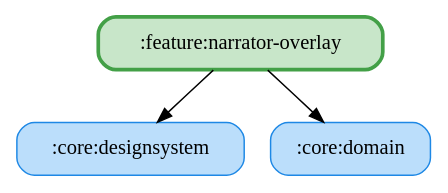
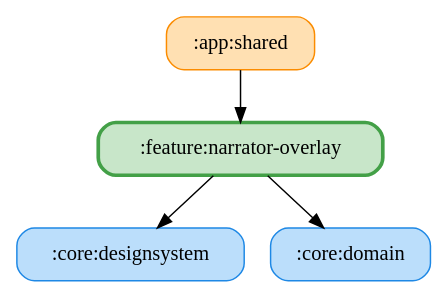
One commit to ai-kurou/KoDriver changed the diagram in docs/graphs/feature-narrator-overlay.gv. Above: the diagram before and after it, drawn with Graphviz. The commit also changed 3 other files, not shown here.

Commit message:
chore: update module graph images

```diff
--- a/docs/graphs/feature-narrator-overlay.gv
+++ b/docs/graphs/feature-narrator-overlay.gv
@@ -1,9 +1,11 @@
 digraph G {
   rankdir=TB
   node [shape=box, style="rounded,filled"]
+  ":app:shared" [fillcolor="#FFE0B2", color="#FB8C00", penwidth=1]
   ":core:designsystem" [fillcolor="#BBDEFB", color="#1E88E5", penwidth=1]
   ":core:domain" [fillcolor="#BBDEFB", color="#1E88E5", penwidth=1]
   ":feature:narrator-overlay" [fillcolor="#C8E6C9", color="#43A047", penwidth=2.5]
+  ":app:shared" -> ":feature:narrator-overlay"
   ":feature:narrator-overlay" -> ":core:domain"
   ":feature:narrator-overlay" -> ":core:designsystem"
 }
```
